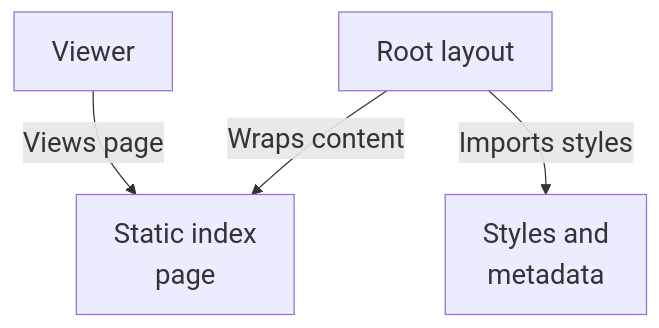
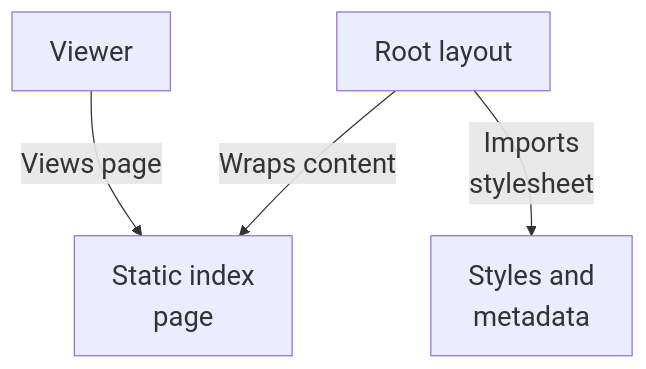
One commit to Justin-Mendoza/Afterclass changed the second of 3 diagrams in maps/frontend/README.md. Above: the diagram before and after it, drawn with Mermaid. The commit also changed other lines of this file and 88 other files, not shown here.

````diff
--- a/maps/frontend/README.md
+++ b/maps/frontend/README.md
@@ -61,11 +60,11 @@
 ```mermaid
 %%{init: {"themeVariables": {"fontSize": "22px"}}}%%
 flowchart TD
   n0["Viewer"]
   n1["Root layout"]
   n2["Static index<br/>page"]
   n3["Styles and<br/>metadata"]
-  n1 -->|"Imports styles"| n3
+  n1 -->|"Imports<br/>stylesheet"| n3
   n1 -->|"Wraps content"| n2
   n0 -->|"Views page"| n2
 ```
````
